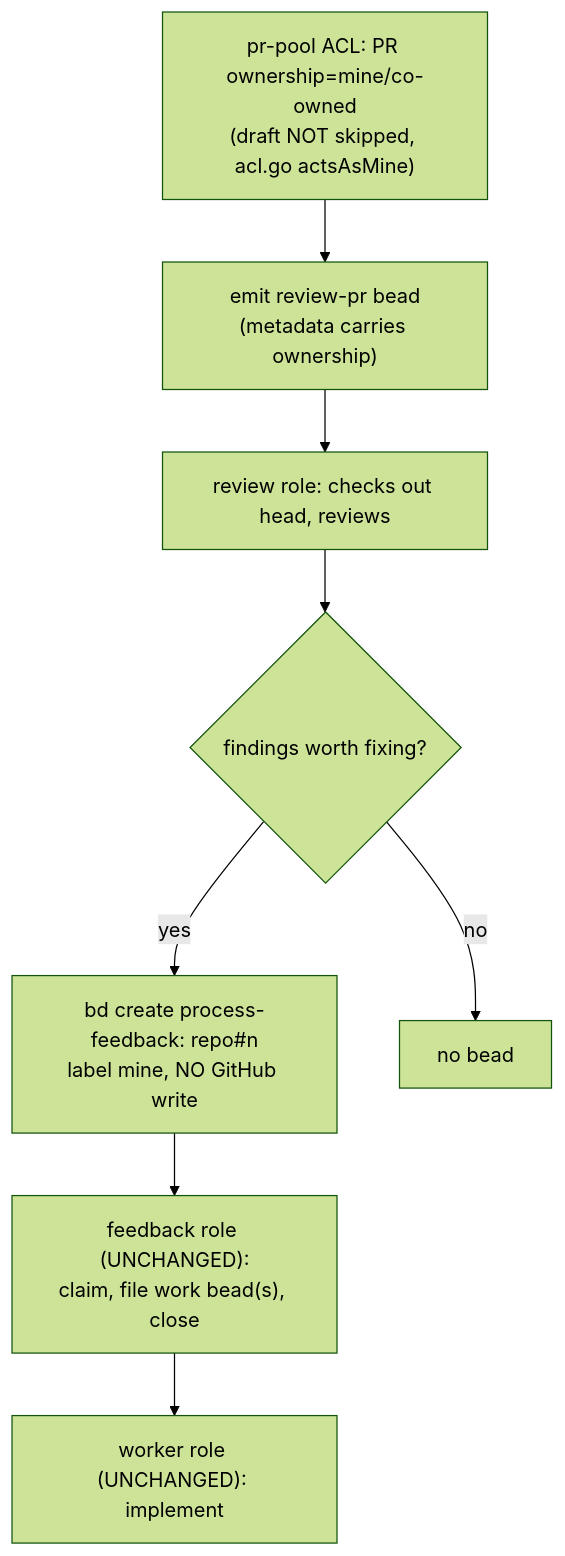
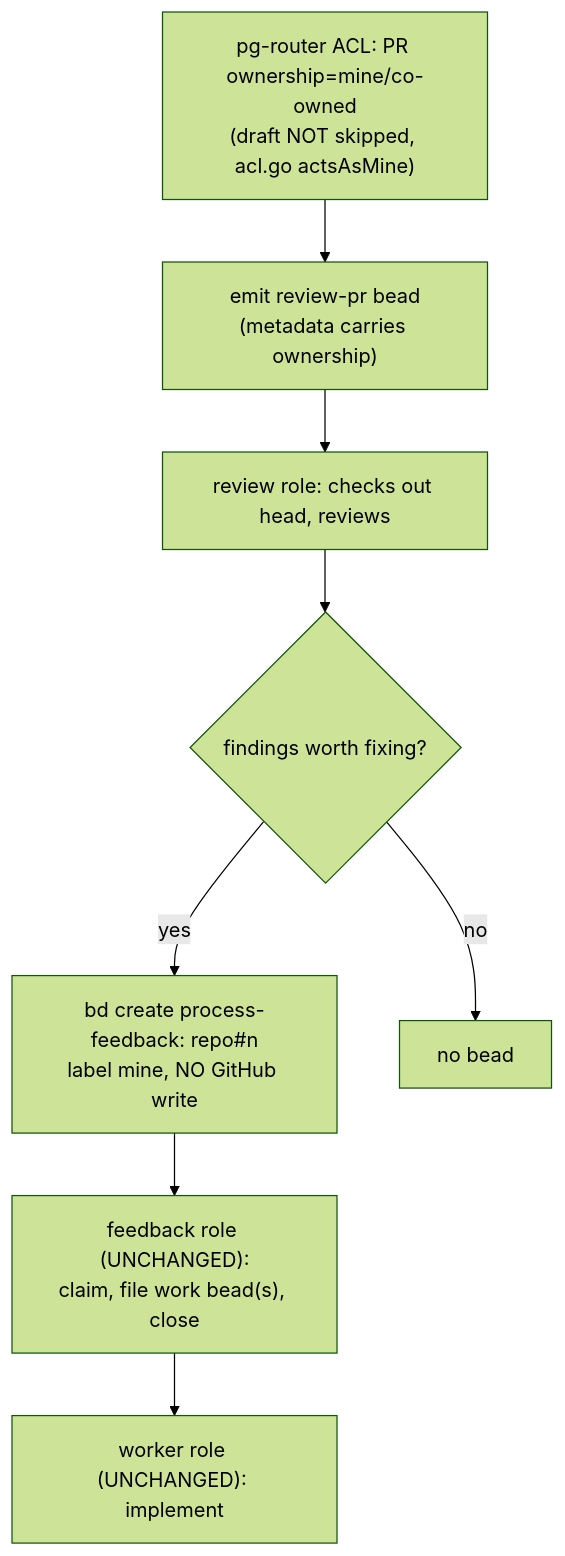
The third of 6 diagrams in docs/pr-review-flow.md (phillipgreenii/nix-agent-support), drawn with Mermaid (forest theme) before and after one commit. The commit also changed other lines of this file and 561 other files, not shown here.

First line of the commit message:
rename pr-pool to pg-router (pg2-myc6y)

````diff
--- a/docs/pr-review-flow.md
+++ b/docs/pr-review-flow.md
@@ -258,10 +258,10 @@
 ```mermaid
 flowchart TD
-    a["pr-pool ACL: PR ownership=mine/co-owned<br/>(draft NOT skipped, acl.go actsAsMine)"] --> b["emit review-pr bead<br/>(metadata carries ownership)"]
+    a["pg-router ACL: PR ownership=mine/co-owned<br/>(draft NOT skipped, acl.go actsAsMine)"] --> b["emit review-pr bead<br/>(metadata carries ownership)"]
     b --> c["review role: checks out head, reviews"]
     c --> d{"findings worth fixing?"}
     d -->|yes| e["bd create process-feedback: repo#n<br/>label mine, NO GitHub write"]
     d -->|no| f["no bead"]
     e --> g["feedback role (UNCHANGED):<br/>claim, file work bead(s), close"]
     g --> h["worker role (UNCHANGED): implement"]
 ```
````
